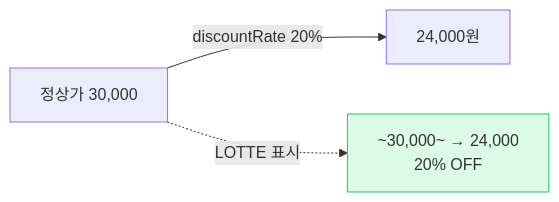
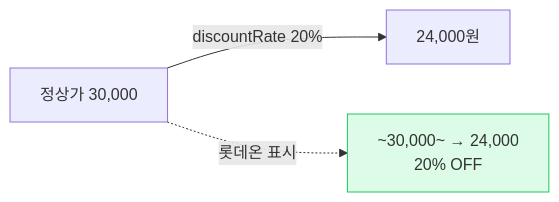
The eighth of 10 diagrams in docs/07-pricing.md (cksdud5785-design/lonit-manual), drawn with Mermaid before and after one commit. The commit also changed other lines of this file and 4 other files, not shown here.

First line of the commit message:
fix: mermaid 라벨 false positive 한국어 복원

````diff
--- a/docs/07-pricing.md
+++ b/docs/07-pricing.md
@@ -238,7 +238,7 @@
 ```mermaid
 flowchart LR
     Real[정상가 30,000] -->|discountRate 20%| Sale[24,000원]
-    Real -.->|LOTTE 표시| Display[~30,000~ → 24,000<br>20% OFF]
+    Real -.->|롯데온 표시| Display[~30,000~ → 24,000<br>20% OFF]
     
     style Display fill:#dcfce7,stroke:#22c55e
 ```
````
